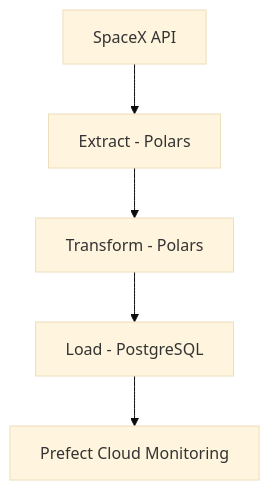
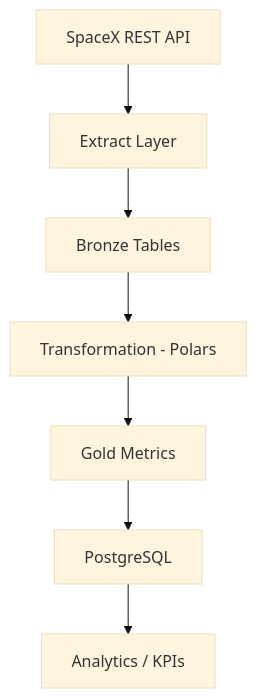
The diagram in README.md (RicsonRamos/spacex_etl_pipeline), drawn with Mermaid (base theme) before and after one commit. The commit also changed other lines of this file and 21 other files, not shown here.

````diff
--- a/README.md
+++ b/README.md
@@ -21,7 +28,9 @@
 ```mermaid
-graph TD
-    A[SpaceX API] --> B[Extract - Polars]
-    B --> C[Transform - Polars]
-    C --> D[Load - PostgreSQL]
-    D --> E[Prefect Cloud Monitoring]
+flowchart TD
+    A[SpaceX REST API] --> B[Extract Layer]
+    B --> C[Bronze Tables]
+    C --> D[Transformation - Polars]
+    D --> E[Gold Metrics]
+    E --> F[PostgreSQL]
+    F --> G[Analytics / KPIs]
 ```
````
